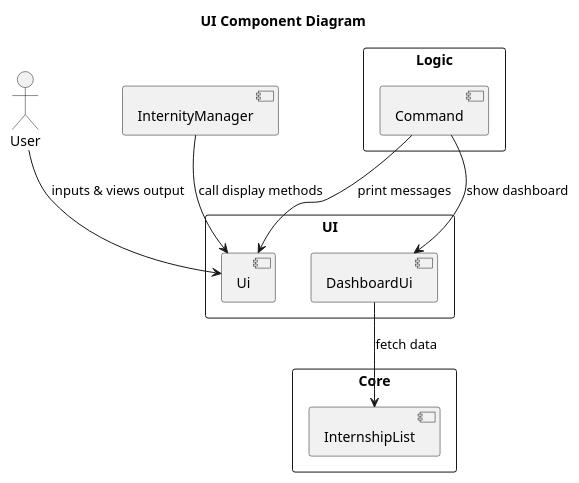
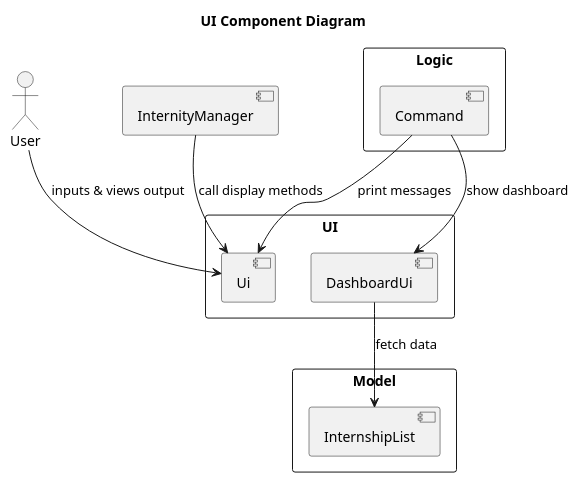
The diagram in docs/diagrams/UiComponentOverview.puml (BenyAlbatross/tp), drawn with PlantUML before and after one commit. The commit also changed 4 other files, not shown here.

```diff
--- a/docs/diagrams/UiComponentOverview.puml
+++ b/docs/diagrams/UiComponentOverview.puml
@@ -1,25 +1,25 @@
 @startuml
 title UI Component Diagram
 
 actor User
 
 rectangle "Logic" {
     [Command]
 }
 
-rectangle "Core" {
+rectangle "Model" {
     [InternshipList]
 }
 
 rectangle "UI" {
     [Ui]
     [DashboardUi]
 }
 
 User --> [Ui] : inputs & views output
 [InternityManager] --> [Ui] : call display methods
 [Command] --> [Ui] : print messages
 [Command] --> [DashboardUi] : show dashboard
 [DashboardUi] --> [InternshipList] : fetch data
 
 @enduml
```
